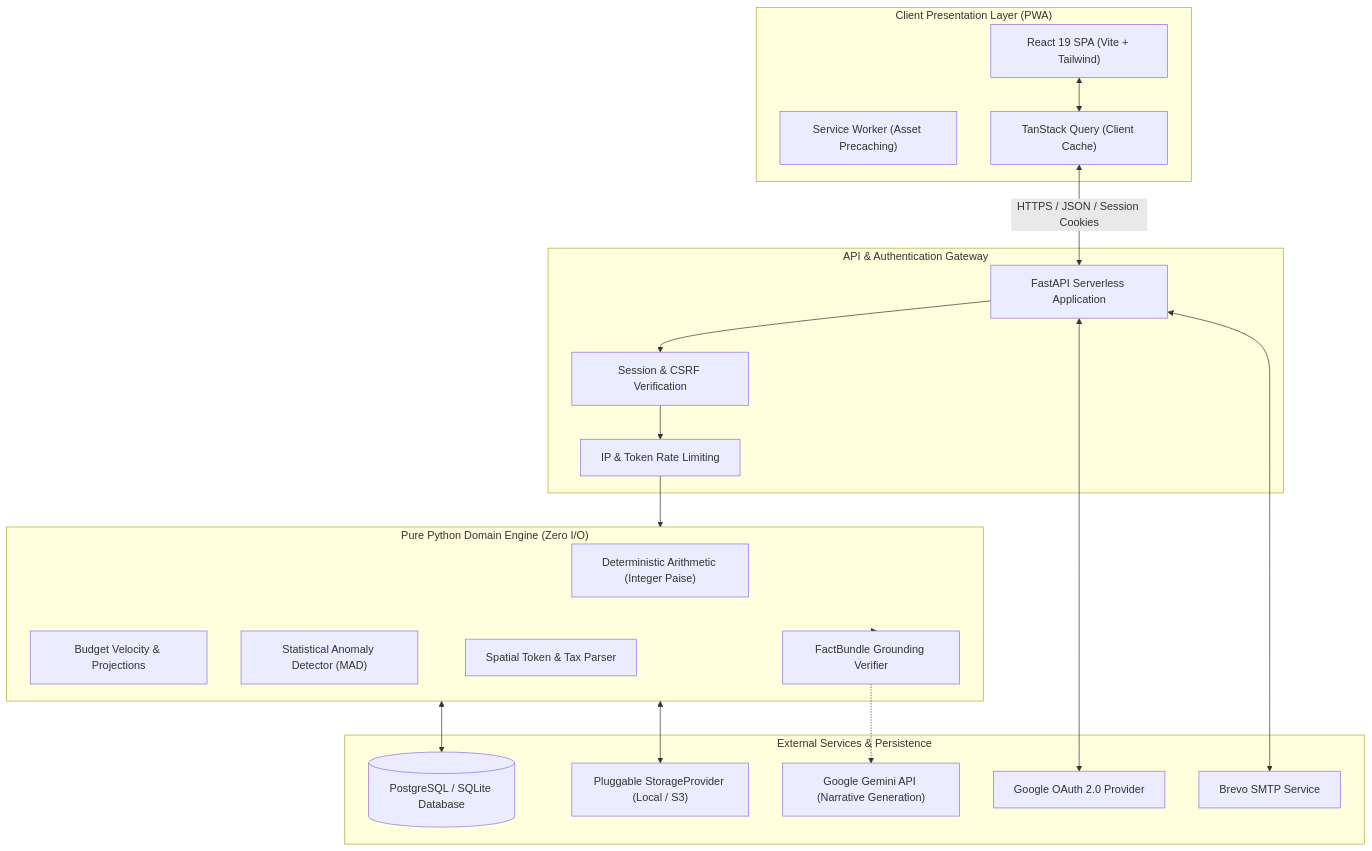
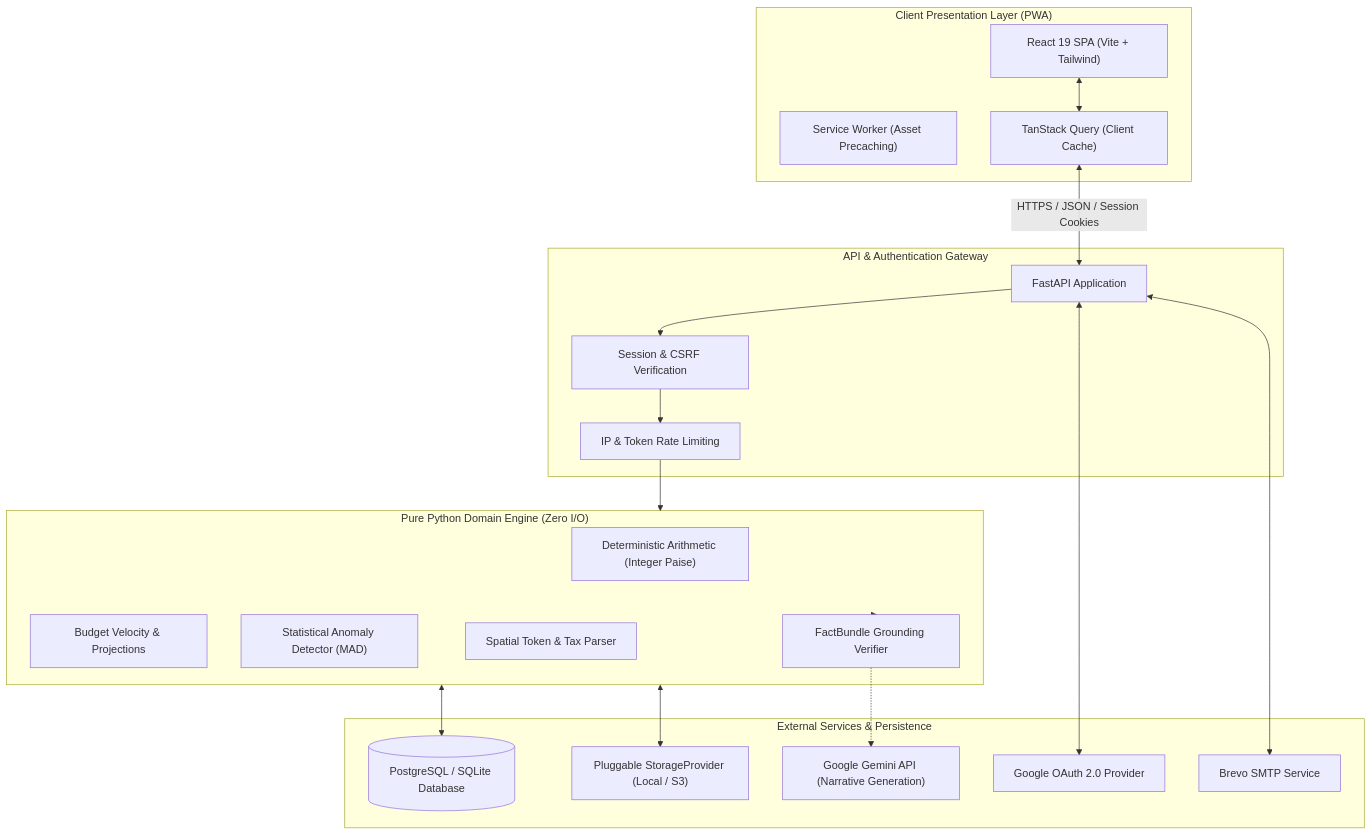
Before and after one commit to jayachandra2003/PennyPilot: the diagram in README.md, drawn with Mermaid. The commit also changed other lines of this file and 8 other files, not shown here.

````diff
--- a/README.md
+++ b/README.md
@@ -106,41 +119,41 @@
 ```mermaid
 flowchart TD
     subgraph Client ["Client Presentation Layer (PWA)"]
         UI["React 19 SPA (Vite + Tailwind)"]
         SW["Service Worker (Asset Precaching)"]
         State["TanStack Query (Client Cache)"]
     end
 
     subgraph Gateway ["API & Authentication Gateway"]
-        FastAPI["FastAPI Serverless Application"]
+        FastAPI["FastAPI Application"]
         AuthMiddleware["Session & CSRF Verification"]
         RateLimiter["IP & Token Rate Limiting"]
     end
 
     subgraph Domain ["Pure Python Domain Engine (Zero I/O)"]
         MathEngine["Deterministic Arithmetic (Integer Paise)"]
         PaceCalc["Budget Velocity & Projections"]
         AnomalyEngine["Statistical Anomaly Detector (MAD)"]
         FactVerifier["FactBundle Grounding Verifier"]
         ReceiptParser["Spatial Token & Tax Parser"]
     end
 
     subgraph Infrastructure ["External Services & Persistence"]
         DB[(PostgreSQL / SQLite Database)]
         Storage["Pluggable StorageProvider (Local / S3)"]
         LLM["Google Gemini API (Narrative Generation)"]
         OAuth["Google OAuth 2.0 Provider"]
         SMTP["Brevo SMTP Service"]
     end
 
     UI <--> State
     State <--> |HTTPS / JSON / Session Cookies| FastAPI
     FastAPI --> AuthMiddleware
     AuthMiddleware --> RateLimiter
     RateLimiter --> Domain
     Domain <--> DB
     Domain <--> Storage
     Domain -.-> FactVerifier -.-> LLM
     FastAPI <--> OAuth
     FastAPI <--> SMTP
 ```
````
